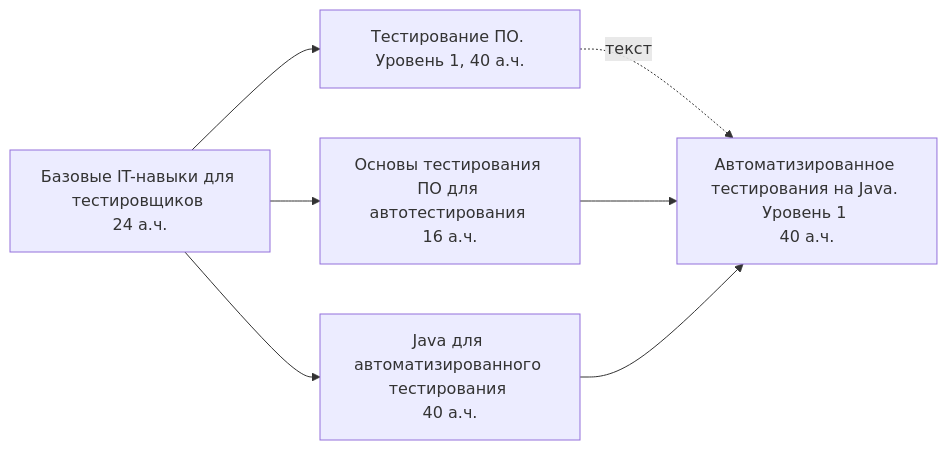
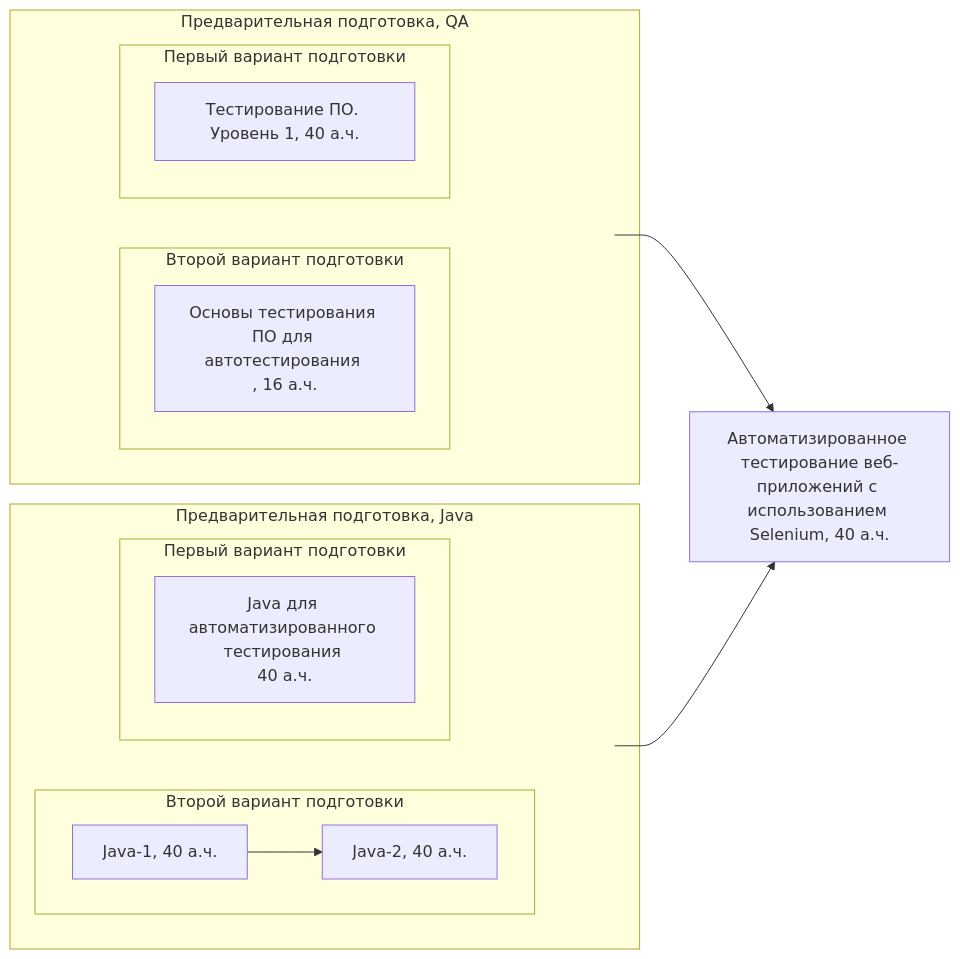
One commit to slqamsk/qa-track changed the fourth of 4 diagrams in qa-track.md. Above: the diagram before and after it, drawn with Mermaid. The commit also changed other lines of this file, not shown here.

`````diff
--- a/qa-track.md
+++ b/qa-track.md
@@ -44,19 +106,45 @@
 ```mermaid
+
 graph LR
     %% 1. ОБЪЯВЛЕНИЕ ВСЕХ УЗЛОВ
-    qa-base[Базовые IT-навыки для тестировщиков <br>24 а.ч.]
-    tpo[Тестирование ПО. Уровень 1, 40 а.ч.]
-    at-tpo[Основы тестирования ПО для автотестирования <br>16 а.ч.]
-    qa-java[Java для автоматизированного тестирования <br>40 а.ч.]
-    at-java1[Автоматизированное тестирования на Java. Уровень 1 <br>40 а.ч.]
+    subgraph prep-qa [Предварительная подготовка, QA]
+        subgraph prep2 [Второй вариант подготовки]
+            at-tpo[Основы тестирования ПО для автотестирования <br>, 16 а.ч.]
+        end
+
+        subgraph prep1 [Первый вариант подготовки]
+            tpo[Тестирование ПО. Уровень 1, 40 а.ч.]
+        end
+        %% Невидимый узел в центре блока
+        centerPrep-qa( )
+    end
+
+    subgraph prep-java [Предварительная подготовка, Java]
+        subgraph prep-java-new [Первый вариант подготовки]
+            qa-java[Java для автоматизированного тестирования <br>40 а.ч.]
+        end
+        subgraph prep-java-old [Второй вариант подготовки]
+            direction LR
+            dzhv1-a[Java-1, 40 а.ч.] --> java2[Java-2, 40 а.ч.]
+        end
+        %% Невидимый узел в центре блока
+        centerPrep-java( )
+    end
+    
+    avtest[Автоматизированное тестирование веб-приложений с использованием Selenium, 40 а.ч.]
 
     %% 2. ВСЕ СВЯЗИ (СТРЕЛКИ)
-    qa-base --> tpo
-    
-    qa-base --> at-tpo
-    qa-base --> qa-java
 
-    tpo -.->|текст| at-java1
-    at-tpo --> at-java1
-    qa-java --> at-java1
+    prep1 ~~~ centerPrep-qa
+    prep2 ~~~ centerPrep-qa
+    prep-java-new ~~~ centerPrep-java
+    prep-java-old ~~~ centerPrep-java
+
+
+    centerPrep-qa --> avtest
+    centerPrep-java --> avtest
+
+    %% Скрываем невидимый узел
+    style centerPrep-qa fill:transparent,stroke:transparent
+    style centerPrep-java fill:transparent,stroke:transparent
 ````
`````
